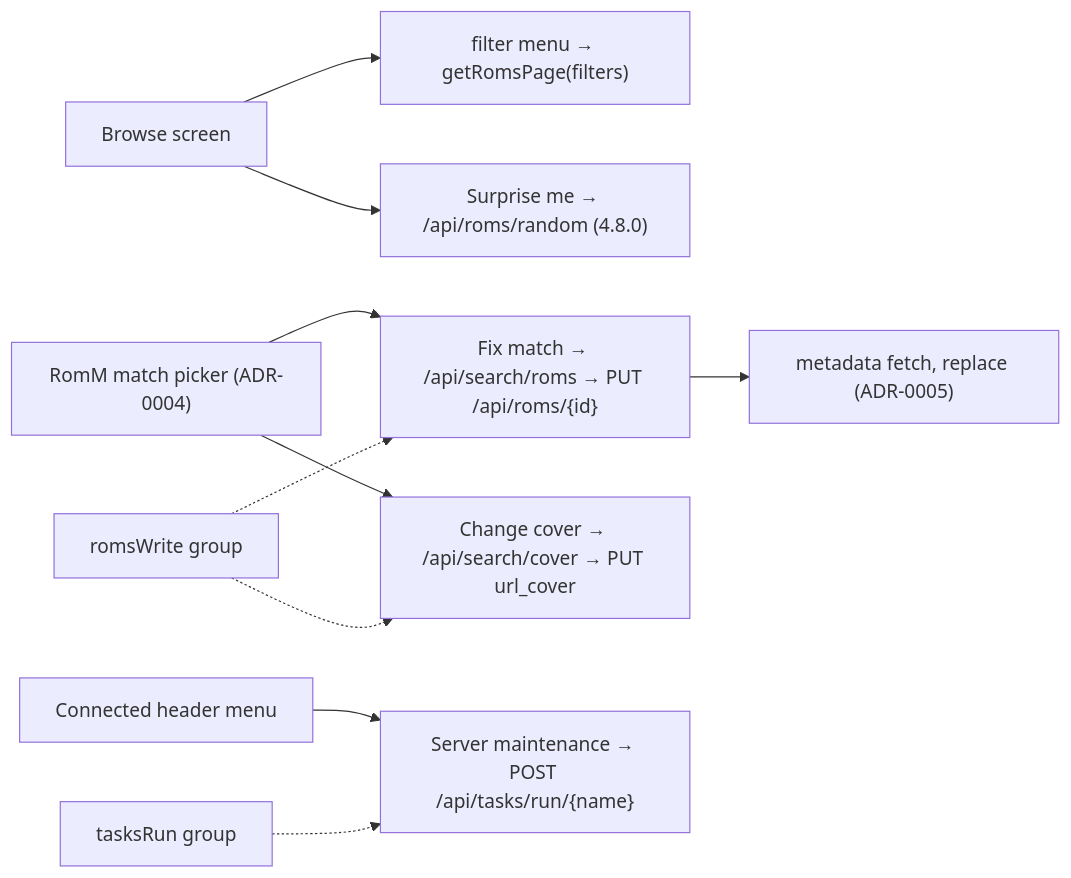
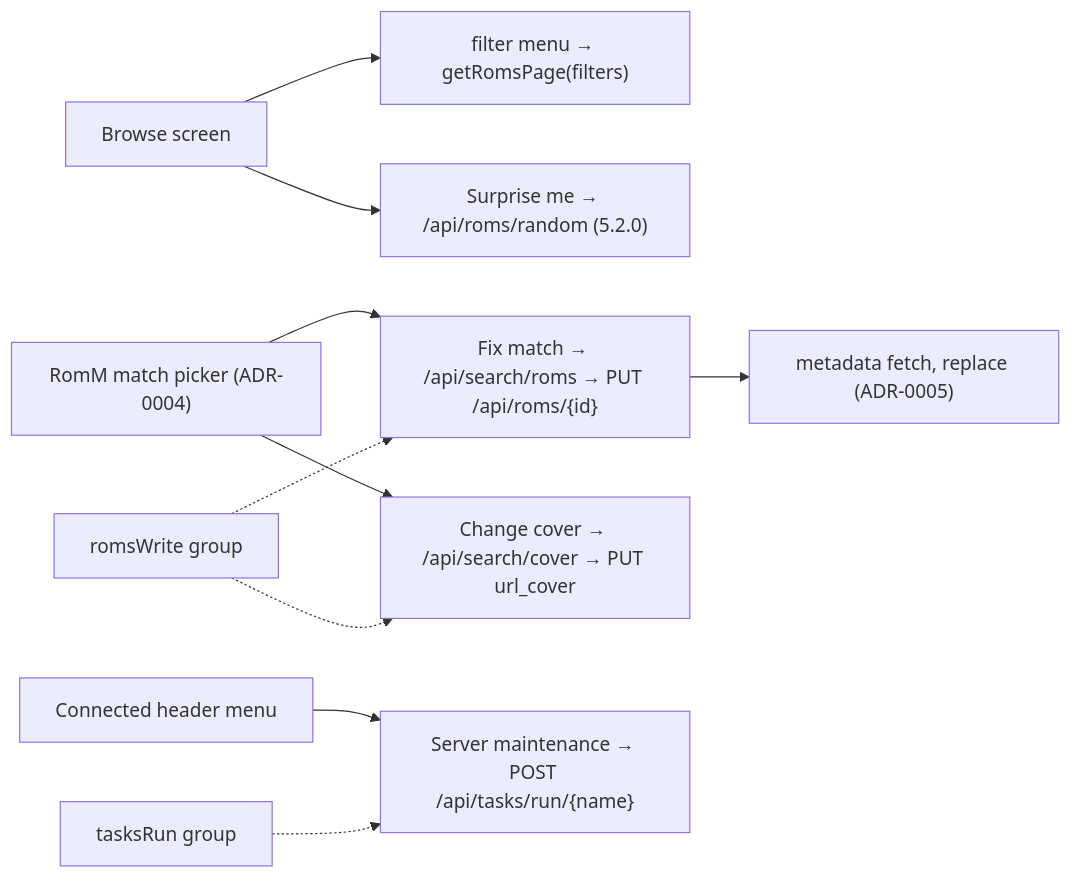
The diagram in sdd/adrs/ADR-0019-expose-romm-library-filters-search-and-maintenance.md (jonstump/neostation-frontend), drawn with Mermaid before and after one commit. The commit also changed other lines of this file and 1 other file, not shown here.

First line of the commit message:
docs(sdd): correct the randomRom threshold and settle SPEC-0018's scope-gate rule (#163)

````diff
--- a/sdd/adrs/ADR-0019-expose-romm-library-filters-search-and-maintenance.md
+++ b/sdd/adrs/ADR-0019-expose-romm-library-filters-search-and-maintenance.md
@@ -66,12 +66,12 @@
 ```mermaid
 flowchart LR
     B["Browse screen"] --> FM["filter menu → getRomsPage(filters)"]
-    B --> RND["Surprise me → /api/roms/random (4.8.0)"]
+    B --> RND["Surprise me → /api/roms/random (5.2.0)"]
     PK["RomM match picker (ADR-0004)"] --> FX["Fix match → /api/search/roms → PUT /api/roms/{id}"]
     FX --> MF["metadata fetch, replace (ADR-0005)"]
     PK --> CV["Change cover → /api/search/cover → PUT url_cover"]
     H["Connected header menu"] --> MT["Server maintenance → POST /api/tasks/run/{name}"]
     G1["romsWrite group"] -.-> FX
     G1 -.-> CV
     G2["tasksRun group"] -.-> MT
 ```
````
